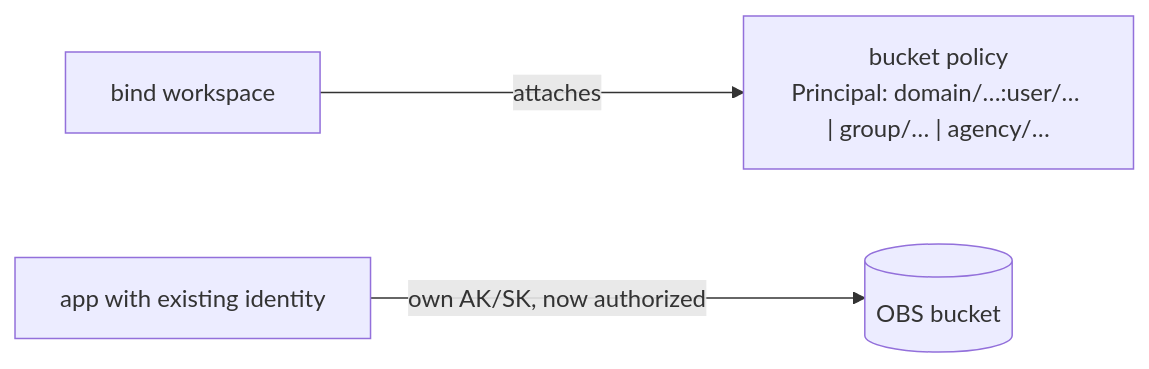
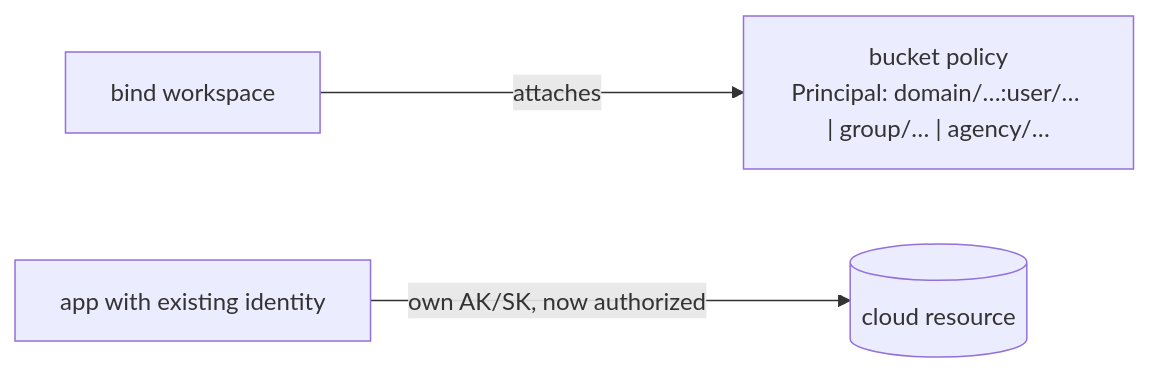
One commit to alex-tw-lam/csb-brokerpak-hcs changed the fourth of 7 diagrams in docs/bind-model.md. Above: the diagram before and after it, drawn with Mermaid. The commit also changed other lines of this file and 40 other files, not shown here.

````diff
--- a/docs/bind-model.md
+++ b/docs/bind-model.md
@@ -62,5 +62,5 @@
 ```mermaid
 flowchart LR
     B["bind workspace"] -->|attaches| P["bucket policy<br/>Principal: domain/…:user/… | group/… | agency/…"]
-    A["app with existing identity"] -->|"own AK/SK, now authorized"| R[("OBS bucket")]
+    A["app with existing identity"] -->|"own AK/SK, now authorized"| R[("cloud resource")]
 ```
````
